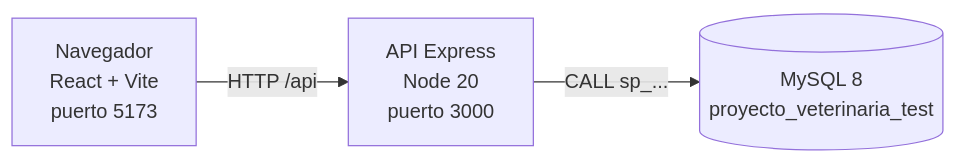
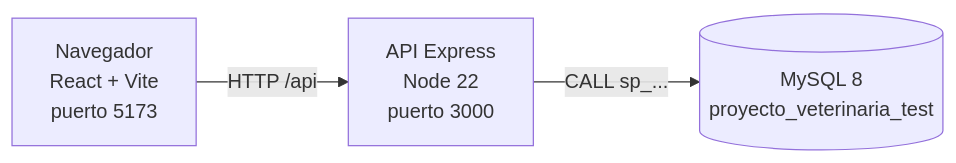
One commit to Tomaspoveda/BASES-proyecto changed the first of 2 diagrams in docs/arquitectura.md. Above: the diagram before and after it, drawn with Mermaid. The commit also changed other lines of this file and 14 other files, not shown here.

````diff
--- a/docs/arquitectura.md
+++ b/docs/arquitectura.md
@@ -10,5 +10,5 @@
 ```mermaid
 flowchart LR
-    N["Navegador<br/>React + Vite<br/>puerto 5173"] -->|"HTTP /api"| A["API Express<br/>Node 20<br/>puerto 3000"]
+    N["Navegador<br/>React + Vite<br/>puerto 5173"] -->|"HTTP /api"| A["API Express<br/>Node 22<br/>puerto 3000"]
     A -->|"CALL sp_..."| M[("MySQL 8<br/>proyecto_veterinaria_test")]
 ```
````
